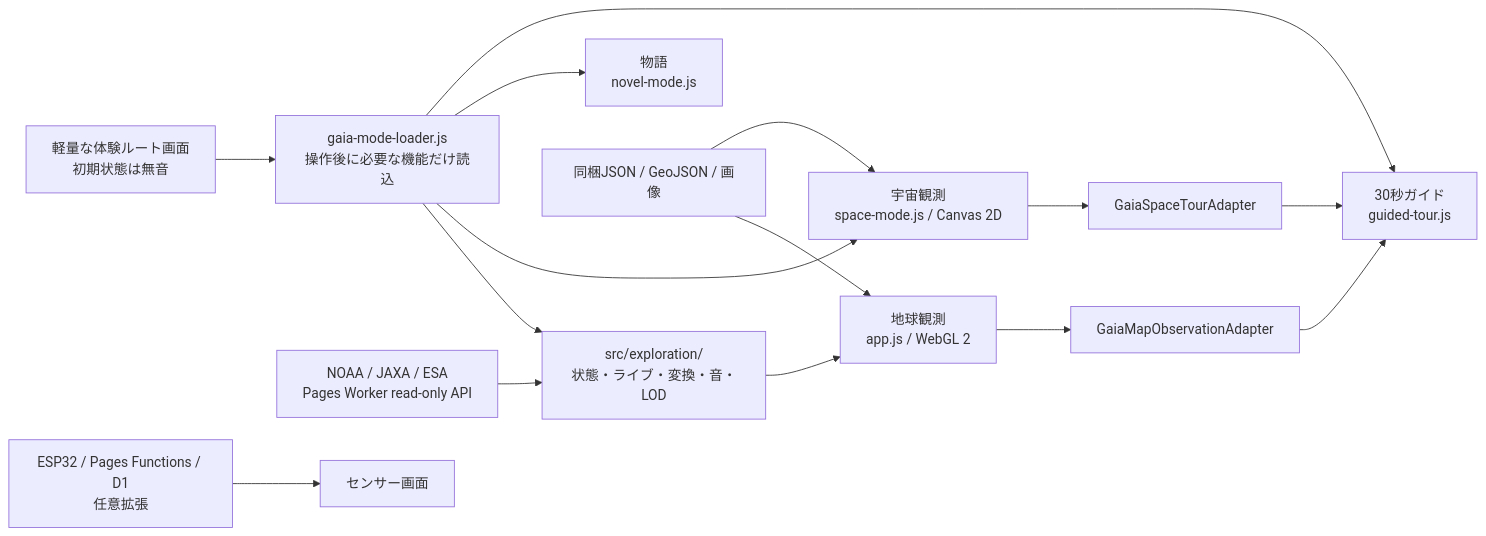
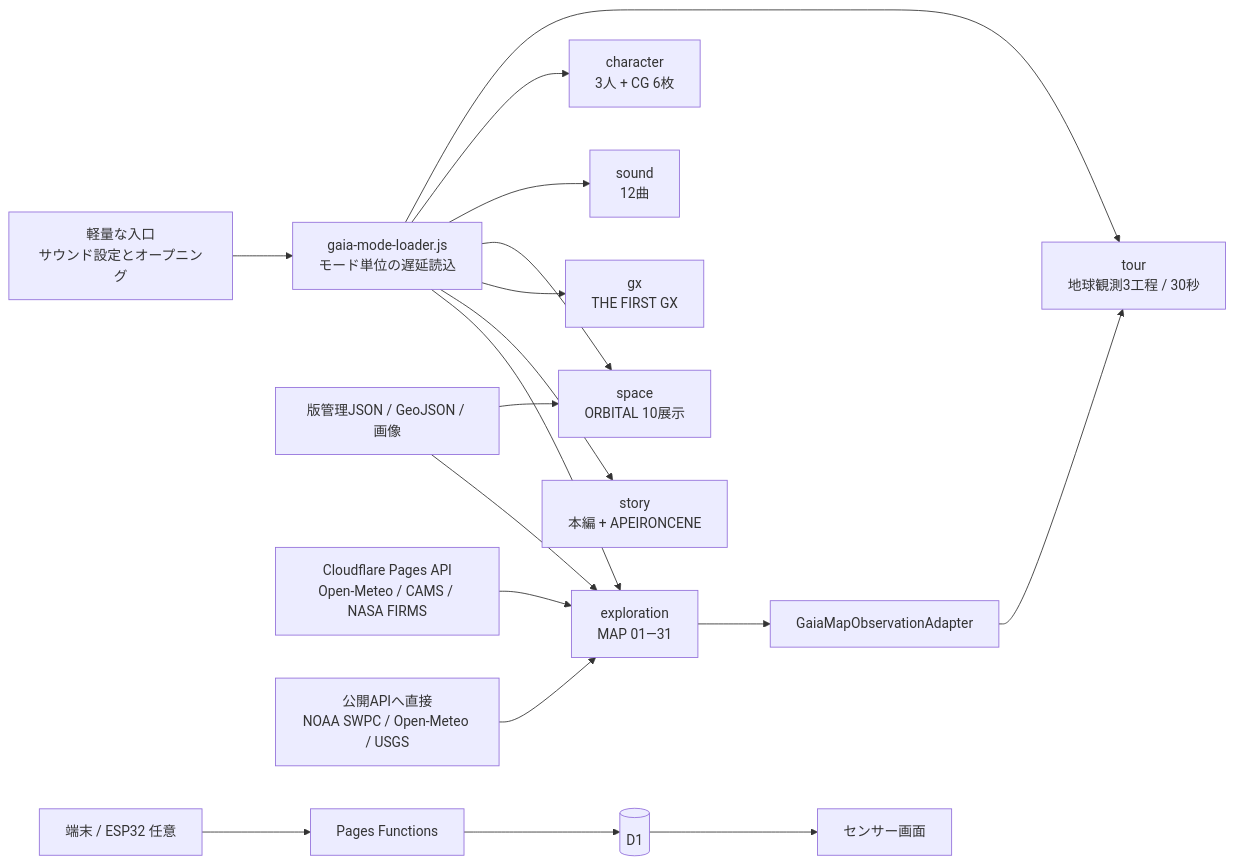
Before and after one commit to hinahina-vr/gaia-senseware: the diagram in docs/ARCHITECTURE.md, drawn with Mermaid. The commit also changed other lines of this file and 4 other files, not shown here.

````diff
--- a/docs/ARCHITECTURE.md
+++ b/docs/ARCHITECTURE.md
@@ -7,17 +7,22 @@
 ```mermaid
 flowchart LR
-  Entry["軽量な体験ルート画面<br/>初期状態は無音"] --> Loader["gaia-mode-loader.js<br/>操作後に必要な機能だけ読込"]
-  Loader --> Explore["src/exploration/<br/>状態・ライブ・変換・音・LOD"]
-  Explore --> Map["地球観測<br/>app.js / WebGL 2"]
-  Loader --> Space["宇宙観測<br/>space-mode.js / Canvas 2D"]
-  Loader --> Story["物語<br/>novel-mode.js"]
-  Loader --> Tour["30秒ガイド<br/>guided-tour.js"]
-  Map --> MapAdapter[GaiaMapObservationAdapter]
-  Space --> SpaceAdapter[GaiaSpaceTourAdapter]
+  Entry["軽量な入口<br/>サウンド設定とオープニング"] --> Loader["gaia-mode-loader.js<br/>モード単位の遅延読込"]
+  Loader --> Explore["exploration<br/>MAP 01—31"]
+  Loader --> Story["story<br/>本編 + APEIRONCENE"]
+  Loader --> GX["gx<br/>THE FIRST GX"]
+  Loader --> Space["space<br/>ORBITAL 10展示"]
+  Loader --> Sound["sound<br/>12曲"]
+  Loader --> Character["character<br/>3人 + CG 6枚"]
+  Loader --> Tour["tour<br/>地球観測3工程 / 30秒"]
+
+  Snapshot["版管理JSON / GeoJSON / 画像"] --> Explore
+  Snapshot --> Space
+  PagesAPI["Cloudflare Pages API<br/>Open-Meteo / CAMS / NASA FIRMS"] --> Explore
+  PublicAPI["公開APIへ直接<br/>NOAA SWPC / Open-Meteo / USGS"] --> Explore
+
+  Explore --> MapAdapter[GaiaMapObservationAdapter]
   MapAdapter --> Tour
-  SpaceAdapter --> Tour
-  Snapshot[同梱JSON / GeoJSON / 画像] --> Map
-  Snapshot --> Space
-  Live["NOAA / JAXA / ESA<br/>Pages Worker read-only API"] --> Explore
-  Sensor["ESP32 / Pages Functions / D1<br/>任意拡張"] --> SensorUI["センサー画面"]
+  Sensor["端末 / ESP32 任意"] --> Functions["Pages Functions"]
+  Functions --> D1[(D1)]
+  D1 --> SensorUI["センサー画面"]
 ```
````
